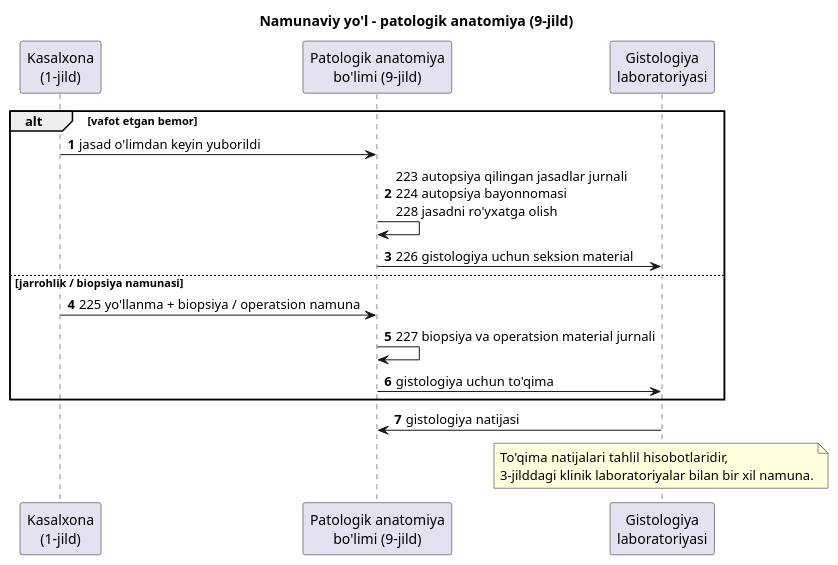
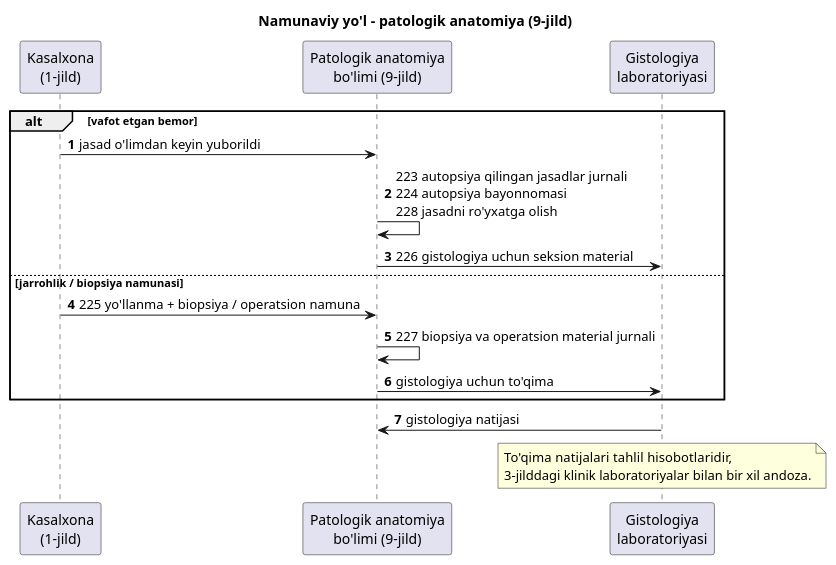
One commit to uzinfocom-org/digital-health-integration changed the diagram in input/images-source/forms-vol09-flow-uz.plantuml. Above: the diagram before and after it, drawn with PlantUML. The commit also changed 30 other files, not shown here.

```diff
--- a/input/images-source/forms-vol09-flow-uz.plantuml
+++ b/input/images-source/forms-vol09-flow-uz.plantuml
@@ -1,23 +1,23 @@
 @startuml forms-vol09-flow-uz
 title Namunaviy yo'l - patologik anatomiya (9-jild)
 autonumber
 
 participant "Kasalxona\n(1-jild)" as H
 participant "Patologik anatomiya\nbo'limi (9-jild)" as PA
 participant "Gistologiya\nlaboratoriyasi" as HIST
 
 alt vafot etgan bemor
   H -> PA : jasad o'limdan keyin yuborildi
   PA -> PA : 223 autopsiya qilingan jasadlar jurnali\n224 autopsiya bayonnomasi\n228 jasadni ro'yxatga olish
   PA -> HIST : 226 gistologiya uchun seksion material
 else jarrohlik / biopsiya namunasi
   H -> PA : 225 yo'llanma + biopsiya / operatsion namuna
   PA -> PA : 227 biopsiya va operatsion material jurnali
   PA -> HIST : gistologiya uchun to'qima
 end
 HIST -> PA : gistologiya natijasi
 note over HIST
   To'qima natijalari tahlil hisobotlaridir,
-  3-jilddagi klinik laboratoriyalar bilan bir xil namuna.
+  3-jilddagi klinik laboratoriyalar bilan bir xil andoza.
 end note
 @enduml
```
